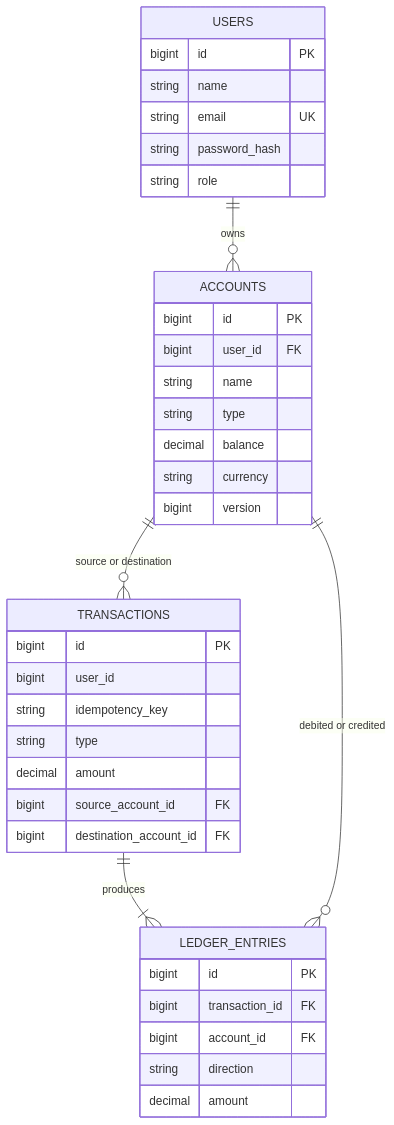
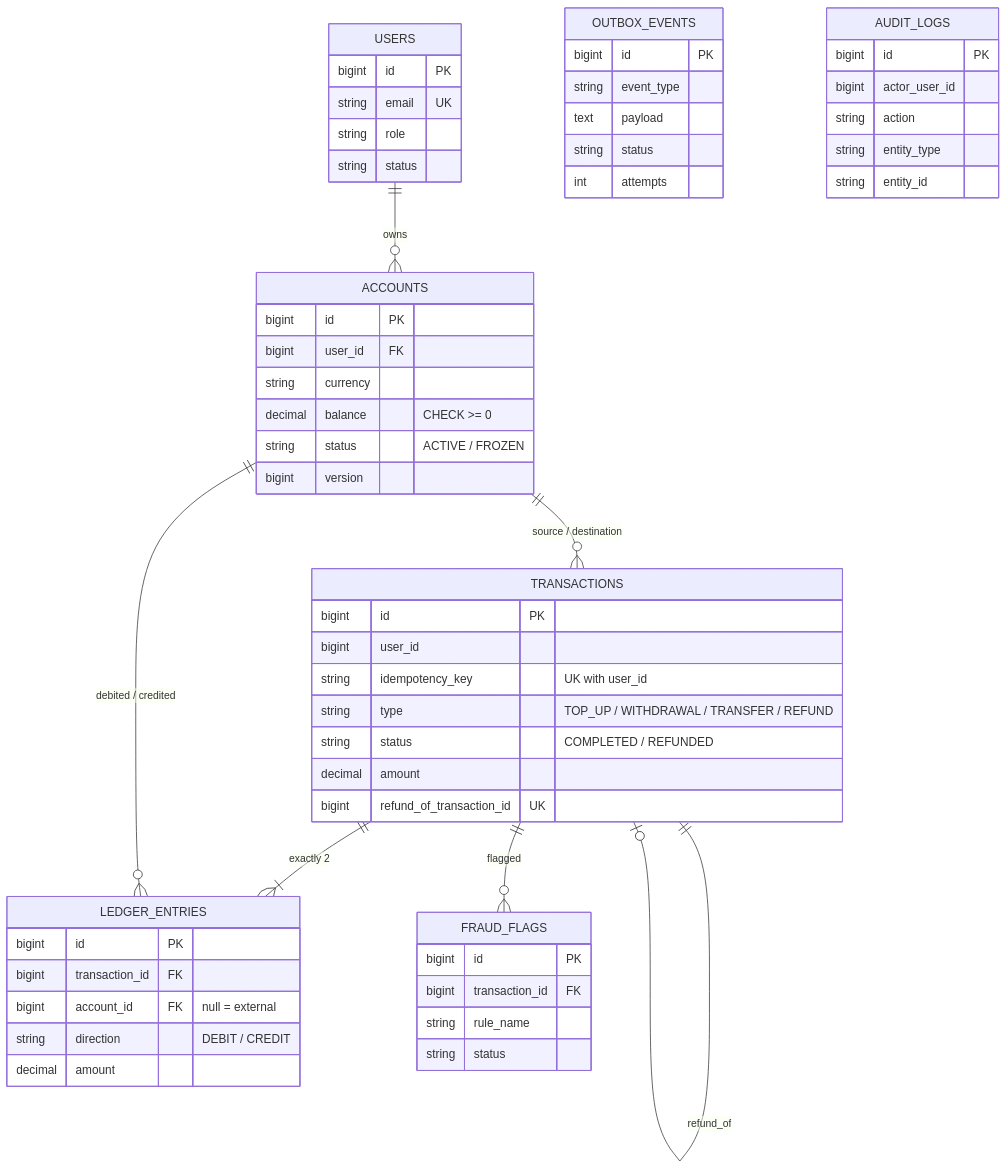
One commit to AnanyaSingh0111/payledger changed the third of 3 diagrams in README.md. Above: the diagram before and after it, drawn with Mermaid. The commit also changed other lines of this file and 108 other files, not shown here.

Commit message:
feat: Flyway schema, outbox, audit log, fraud rules, admin tools, locking benchmark

````diff
--- a/README.md
+++ b/README.md
@@ -93,40 +100,46 @@
 ```mermaid
 erDiagram
     USERS ||--o{ ACCOUNTS : owns
-    ACCOUNTS ||--o{ TRANSACTIONS : "source or destination"
-    TRANSACTIONS ||--|{ LEDGER_ENTRIES : produces
-    ACCOUNTS ||--o{ LEDGER_ENTRIES : "debited or credited"
+    ACCOUNTS ||--o{ TRANSACTIONS : "source / destination"
+    TRANSACTIONS ||--|{ LEDGER_ENTRIES : "exactly 2"
+    ACCOUNTS ||--o{ LEDGER_ENTRIES : "debited / credited"
+    TRANSACTIONS ||--o| TRANSACTIONS : "refund_of"
+    TRANSACTIONS ||--o{ FRAUD_FLAGS : flagged
 
-    USERS {
-        bigint id PK
-        string name
+    USERS { bigint id PK
         string email UK
-        string password_hash
         string role
-    }
-    ACCOUNTS {
-        bigint id PK
+        string status }
+    ACCOUNTS { bigint id PK
         bigint user_id FK
-        string name
-        string type
-        decimal balance
         string currency
-        bigint version
-    }
-    TRANSACTIONS {
-        bigint id PK
+        decimal balance "CHECK >= 0"
+        string status "ACTIVE / FROZEN"
+        bigint version }
+    TRANSACTIONS { bigint id PK
         bigint user_id
-        string idempotency_key
-        string type
+        string idempotency_key "UK with user_id"
+        string type "TOP_UP / WITHDRAWAL / TRANSFER / REFUND"
+        string status "COMPLETED / REFUNDED"
         decimal amount
-        bigint source_account_id FK
-        bigint destination_account_id FK
-    }
-    LEDGER_ENTRIES {
-        bigint id PK
+        bigint refund_of_transaction_id UK }
+    LEDGER_ENTRIES { bigint id PK
         bigint transaction_id FK
-        bigint account_id FK
-        string direction
-        decimal amount
-    }
+        bigint account_id FK "null = external"
+        string direction "DEBIT / CREDIT"
+        decimal amount }
+    FRAUD_FLAGS { bigint id PK
+        bigint transaction_id FK
+        string rule_name
+        string status }
+    OUTBOX_EVENTS { bigint id PK
+        string event_type
+        text payload
+        string status
+        int attempts }
+    AUDIT_LOGS { bigint id PK
+        bigint actor_user_id
+        string action
+        string entity_type
+        string entity_id }
 ```
````
